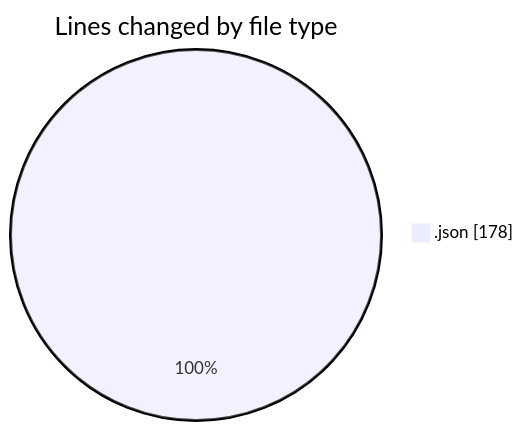
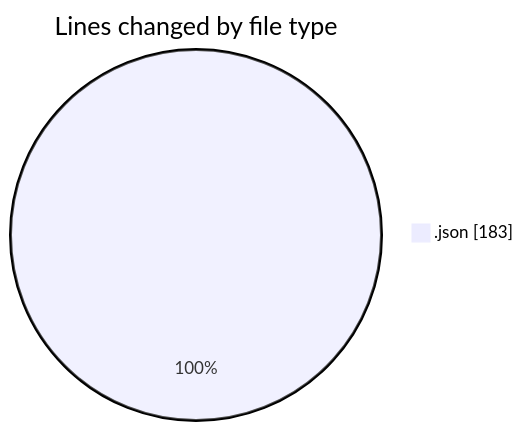
One commit to momahboobian/code-tracking changed the first of 2 diagrams in 2026-01-20/cda/README.md. Above: the diagram before and after it, drawn with Mermaid. The commit also changed other lines of this file and 1 other file, not shown here.

````diff
--- a/2026-01-20/cda/README.md
+++ b/2026-01-20/cda/README.md
@@ -20,5 +20,5 @@
 ```mermaid
 pie showData
 title Lines changed by file type
-".json" : 178
+".json" : 183
 ```
````
